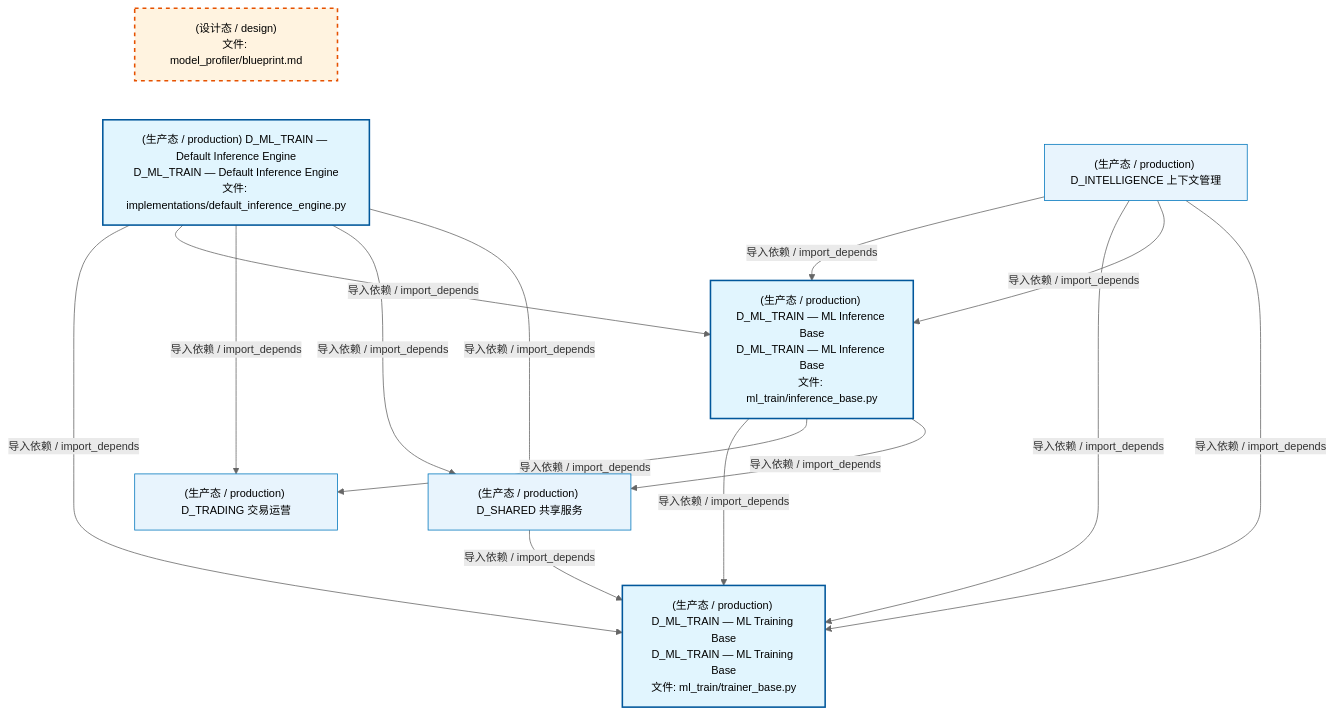
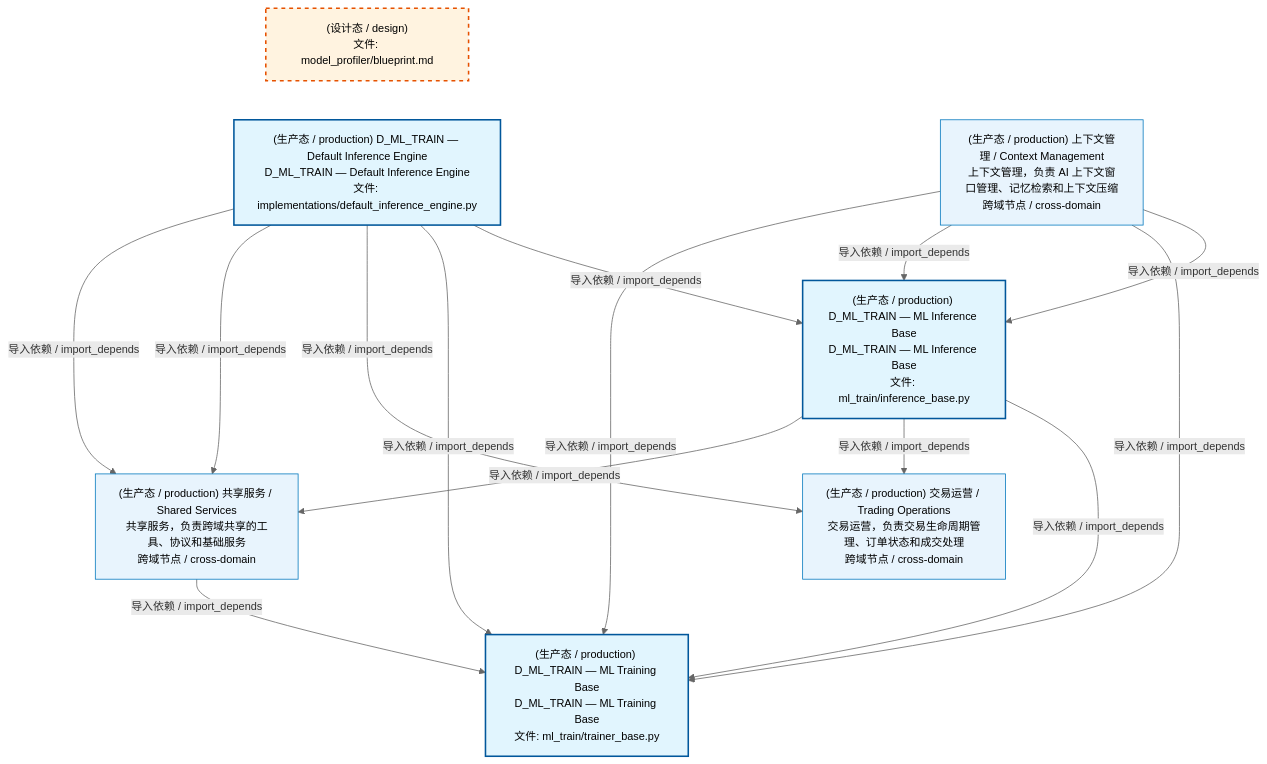
One commit to xuanFelixVan/ZephyrAlpha changed the first of 2 diagrams in docs/02_enterprise_architecture/02_domain_architecture_docs/61_d_ml_train.md. Above: the diagram before and after it, drawn with Mermaid. The commit also changed other lines of this file and 77 other files, not shown here.

````diff
--- a/docs/02_enterprise_architecture/02_domain_architecture_docs/61_d_ml_train.md
+++ b/docs/02_enterprise_architecture/02_domain_architecture_docs/61_d_ml_train.md
@@ -53,32 +53,32 @@
 ```mermaid
 %%{init: {'theme': 'base', 'themeVariables': {'primaryColor': '#eaeaea', 'primaryTextColor': '#333333', 'primaryBorderColor': '#666666', 'lineColor': '#666666', 'secondaryColor': '#eaeaea', 'tertiaryColor': '#eaeaea', 'fontSize': '14px'}}}%%
 flowchart TD
     docs_03_modules_cross_layer_model_profiler_blueprint_md["(设计态 / design)<br/>文件: model_profiler/blueprint.md"]
     src_zephyr_ml_train_implementations_default_inference_engine_py["(生产态 / production) D_ML_TRAIN — Default Inference Engine<br/>D_ML_TRAIN — Default Inference Engine<br/>文件: implementations/default_inference_engine.py"]
     docs_03_modules_cross_layer_model_profiler_blueprint_md ~~~ src_zephyr_ml_train_implementations_default_inference_engine_py
     src_zephyr_ml_train_inference_base_py["(生产态 / production) D_ML_TRAIN — ML Inference Base<br/>D_ML_TRAIN — ML Inference Base<br/>文件: ml_train/inference_base.py"]
     src_zephyr_ml_train_trainer_base_py["(生产态 / production) D_ML_TRAIN — ML Training Base<br/>D_ML_TRAIN — ML Training Base<br/>文件: ml_train/trainer_base.py"]
     src_zephyr_ml_train_inference_base_py -->|导入依赖 / import_depends| src_zephyr_ml_train_trainer_base_py
+    src_zephyr_ml_train_implementations_default_inference_engine_py -->|导入依赖 / import_depends| src_zephyr_ml_train_inference_base_py
     src_zephyr_ml_train_implementations_default_inference_engine_py -->|导入依赖 / import_depends| src_zephyr_ml_train_trainer_base_py
-    src_zephyr_ml_train_implementations_default_inference_engine_py -->|导入依赖 / import_depends| src_zephyr_ml_train_inference_base_py
-    D_TRADING["(生产态 / production) D_TRADING 交易运营"]
+    D_TRADING["(生产态 / production) 交易运营 / Trading Operations<br/>交易运营，负责交易生命周期管理、订单状态和成交处理<br/>跨域节点 / cross-domain"]
     src_zephyr_ml_train_inference_base_py -->|导入依赖 / import_depends| D_TRADING
     src_zephyr_ml_train_implementations_default_inference_engine_py -->|导入依赖 / import_depends| D_TRADING
-    D_SHARED["(生产态 / production) D_SHARED 共享服务"]
+    D_SHARED["(生产态 / production) 共享服务 / Shared Services<br/>共享服务，负责跨域共享的工具、协议和基础服务<br/>跨域节点 / cross-domain"]
     src_zephyr_ml_train_inference_base_py -->|导入依赖 / import_depends| D_SHARED
     src_zephyr_ml_train_implementations_default_inference_engine_py -->|导入依赖 / import_depends| D_SHARED
     src_zephyr_ml_train_implementations_default_inference_engine_py -->|导入依赖 / import_depends| D_SHARED
-    D_INTELLIGENCE["(生产态 / production) D_INTELLIGENCE 上下文管理"]
+    D_INTELLIGENCE["(生产态 / production) 上下文管理 / Context Management<br/>上下文管理，负责 AI 上下文窗口管理、记忆检索和上下文压缩<br/>跨域节点 / cross-domain"]
     D_INTELLIGENCE -->|导入依赖 / import_depends| src_zephyr_ml_train_inference_base_py
     D_INTELLIGENCE -->|导入依赖 / import_depends| src_zephyr_ml_train_trainer_base_py
     D_SHARED -->|导入依赖 / import_depends| src_zephyr_ml_train_trainer_base_py
     D_INTELLIGENCE -->|导入依赖 / import_depends| src_zephyr_ml_train_inference_base_py
     D_INTELLIGENCE -->|导入依赖 / import_depends| src_zephyr_ml_train_trainer_base_py
     classDef production fill:#e1f5fe,stroke:#01579b,stroke-width:2px,color:#000
     classDef design fill:#fff3e0,stroke:#e65100,stroke-width:2px,color:#000,stroke-dasharray: 5 5
     classDef external_prod fill:#e8f4fd,stroke:#0277bd,stroke-width:1px,color:#000
     classDef external_design fill:#fff8e7,stroke:#ef6c00,stroke-width:1px,color:#000,stroke-dasharray: 5 5
     class src_zephyr_ml_train_implementations_default_inference_engine_py,src_zephyr_ml_train_inference_base_py,src_zephyr_ml_train_trainer_base_py production
     class docs_03_modules_cross_layer_model_profiler_blueprint_md design
     class D_TRADING,D_SHARED,D_INTELLIGENCE external_prod
 ```
````
